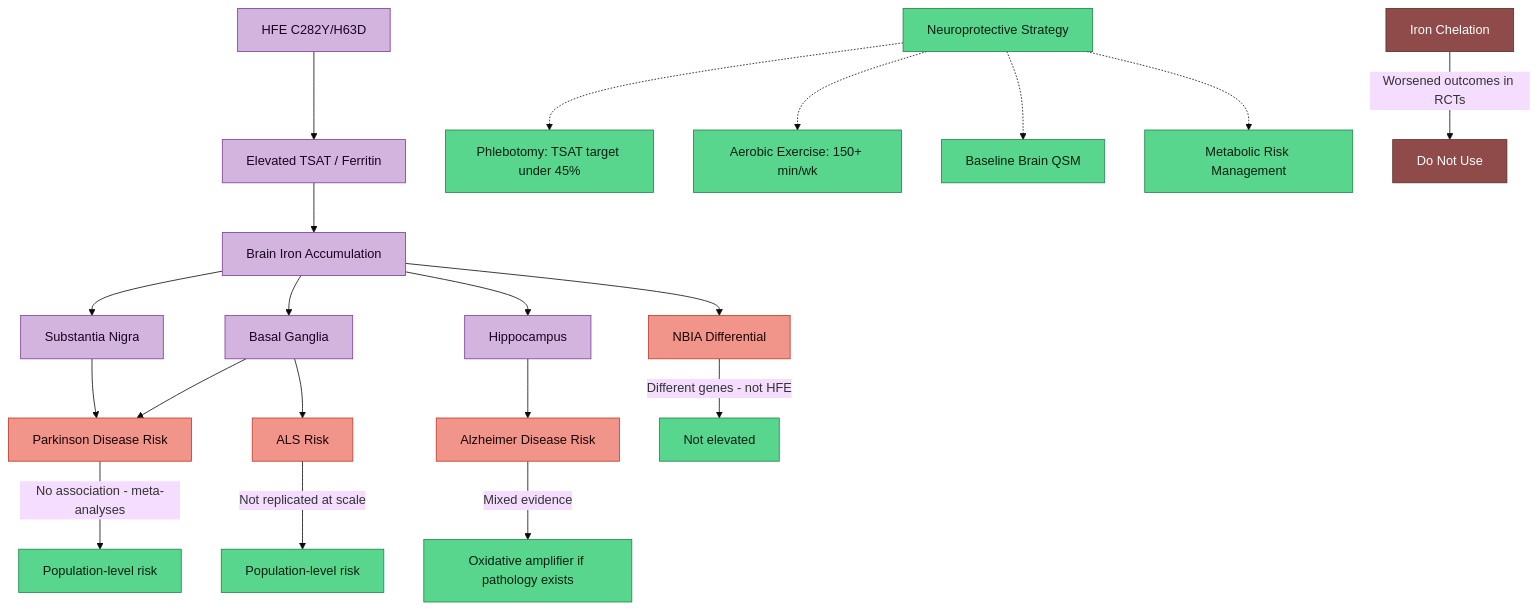
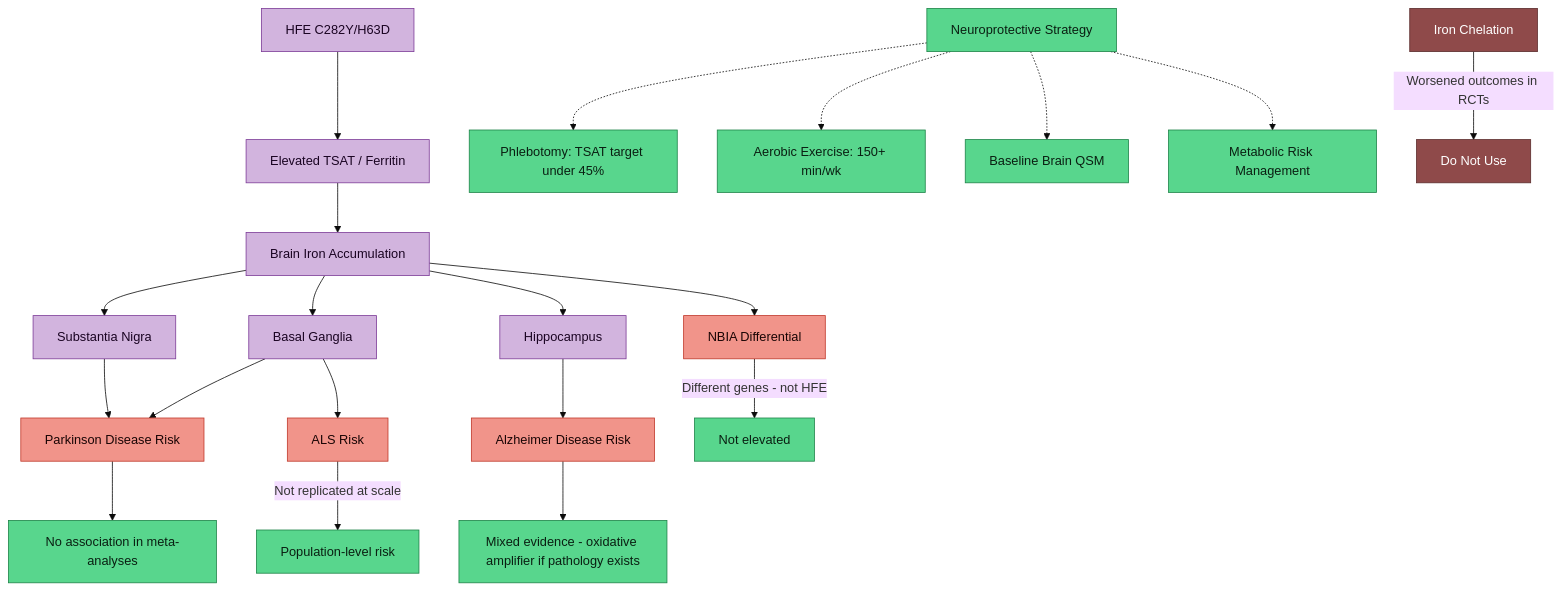
One commit to Aegis-commits/ag-hfe-adhd-asd-research changed the diagram in src/site/notes/research/HFE and Long-Term Neurodegeneration Risk.md. Above: the diagram before and after it, drawn with Mermaid (base theme). The commit also changed 14 other files, not shown here.

````diff
--- a/src/site/notes/research/HFE and Long-Term Neurodegeneration Risk.md
+++ b/src/site/notes/research/HFE and Long-Term Neurodegeneration Risk.md
@@ -26,40 +26,40 @@
 ```mermaid
 flowchart TD
     A[HFE C282Y/H63D] --> B[Elevated TSAT / Ferritin]
     B --> C[Brain Iron Accumulation]
     C --> D[Basal Ganglia]
     C --> E[Substantia Nigra]
     C --> F[Hippocampus]
 
     D --> G[Parkinson Disease Risk]
     E --> G
-    G -->|No association - meta-analyses| G1[Population-level risk]
+    G --> G1[No association in meta-analyses]
 
     F --> H[Alzheimer Disease Risk]
-    H -->|Mixed evidence| H1[Oxidative amplifier if pathology exists]
+    H --> H1[Mixed evidence - oxidative amplifier if pathology exists]
 
     D --> I[ALS Risk]
     I -->|Not replicated at scale| I1[Population-level risk]
 
     C --> J[NBIA Differential]
     J -->|Different genes - not HFE| J1[Not elevated]
 
     K[Neuroprotective Strategy] -.-> L[Phlebotomy: TSAT target under 45%]
     K -.-> M[Aerobic Exercise: 150+ min/wk]
     K -.-> N[Baseline Brain QSM]
     K -.-> O[Metabolic Risk Management]
 
     P[Iron Chelation] -->|Worsened outcomes in RCTs| P1[Do Not Use]
 
     classDef hfe fill:#d2b4de,stroke:#7d3c98,color:#1a0422
     classDef risk fill:#f1948a,stroke:#c0392b,color:#1a0505
     classDef evidence fill:#58d68d,stroke:#1e8449,color:#0a1f12
     classDef protect fill:#58d68d,stroke:#1e8449,color:#0a1f12
     classDef warn fill:#8f4a4a,stroke:#5c2d2d,color:#fff
 
     class A,B,C,D,E,F hfe
     class G,H,I,J risk
     class G1,H1,I1,J1 evidence
     class K,L,M,N,O protect
     class P,P1 warn
 ```
````
